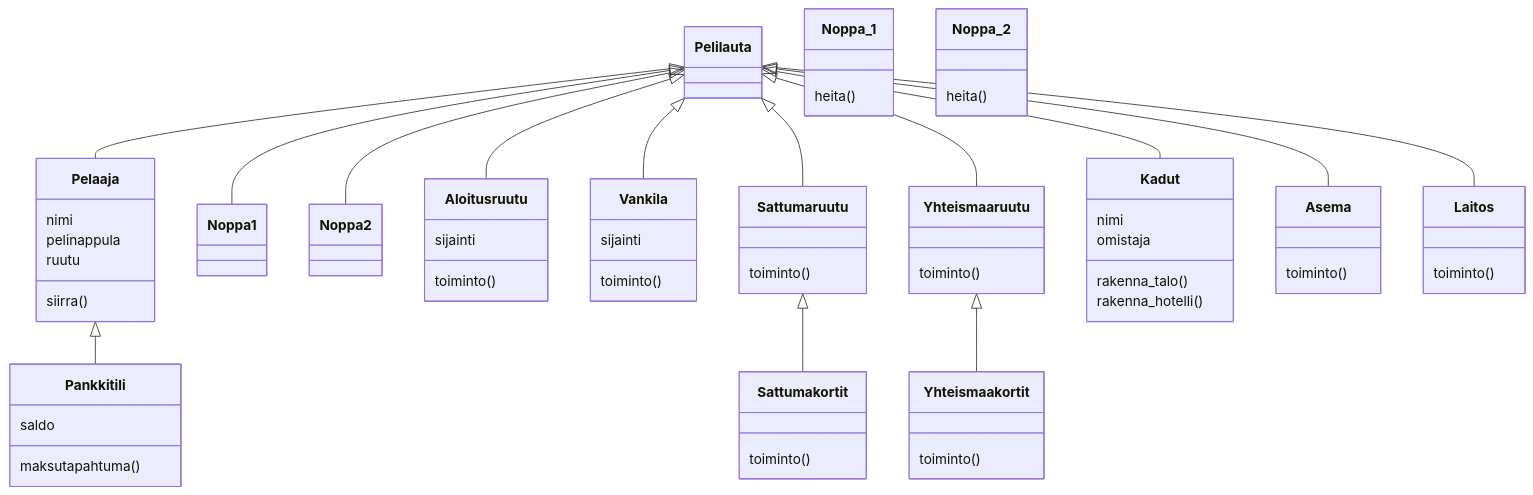
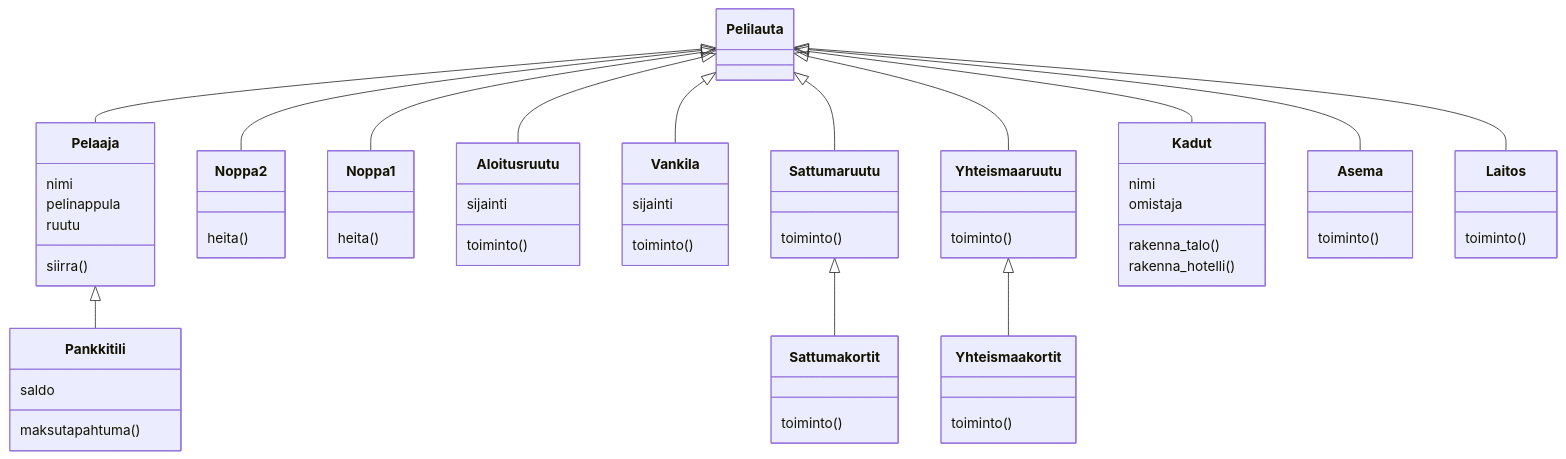
Before and after one commit to nicolaskivimaki/ot-harjoitustyo22: the diagram in laskarit/viikko3/monopoli.md, drawn with Mermaid.

````diff
--- a/laskarit/viikko3/monopoli.md
+++ b/laskarit/viikko3/monopoli.md
@@ -4,8 +4,8 @@
 
   classDiagram
     Pelilauta <|-- Pelaaja
+    Pelilauta <|-- Noppa2
     Pelilauta <|-- Noppa1
-    Pelilauta <|-- Noppa2
     Pelilauta <|-- Aloitusruutu
     Pelilauta <|-- Vankila
     Pelilauta <|-- Sattumaruutu
@@ -29,11 +29,11 @@
            
     }
 
-      class Noppa_1{
+      class Noppa2{
         heita()
       }
 
-      class Noppa_2{      
+      class Noppa1{      
         heita()
       }
       
@@ -52,6 +52,11 @@
         
       }
       
+      
+      class Sattumakortit{
+        toiminto()
+      }
+      
       class Yhteismaaruutu{
       
       toiminto()
@@ -59,9 +64,6 @@
       }
       
      
-      class Sattumakortit{
-        toiminto()
-      }
       
       class Yhteismaakortit{
         toiminto()
@@ -74,11 +76,6 @@
         rakenna_hotelli()
       }
       
-      class Asema{
-      
-      toiminto()
-      
-      }
       
       class Laitos{
       
@@ -90,4 +87,11 @@
         saldo
         maksutapahtuma()
       }
+      
+      
+      class Asema{
+      
+      toiminto()
+      
+      }
 ```
````
